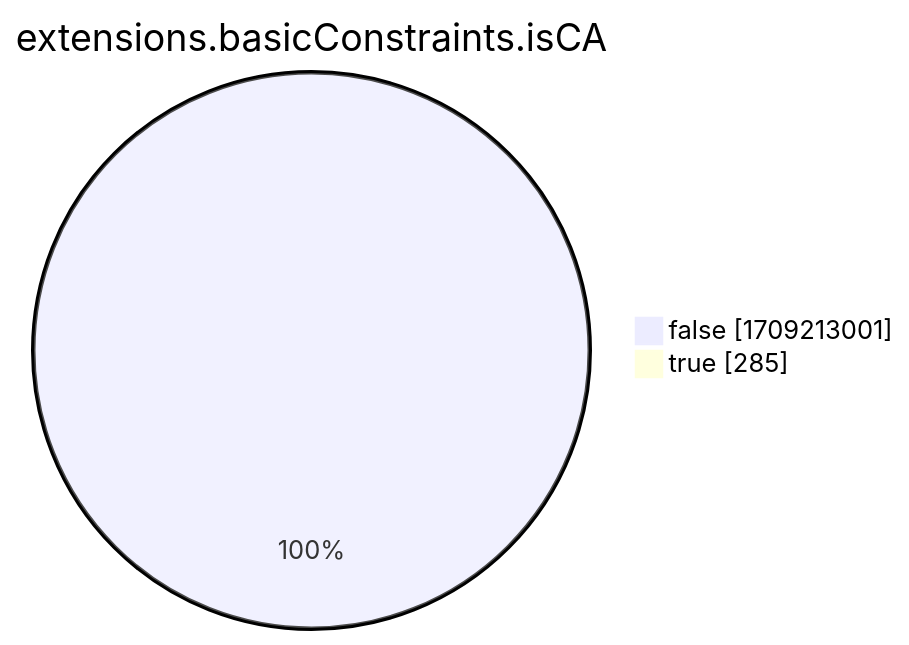
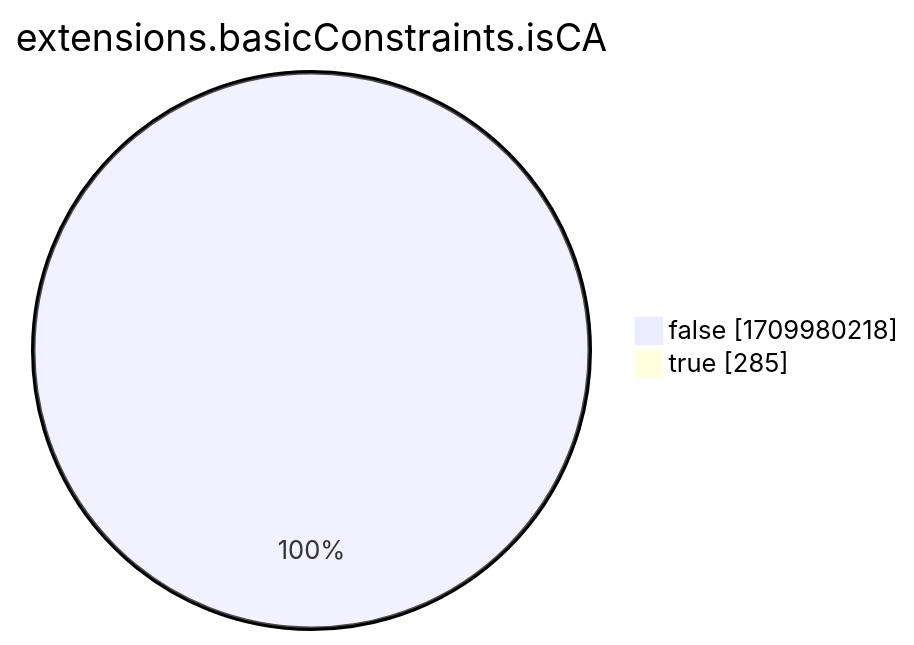
The eighth of 15 diagrams in xenon2022/README.md (christiankrug/ctmonitor_visualization), drawn with Mermaid before and after one commit. The commit also changed other lines of this file, not shown here.

````diff
--- a/xenon2022/README.md
+++ b/xenon2022/README.md
@@ -2865,6 +2866,6 @@
 ```mermaid
 pie showData
 title extensions.basicConstraints.isCA
-"false" :1709213001
+"false" :1709980218
 "true" :285
 ```
````
